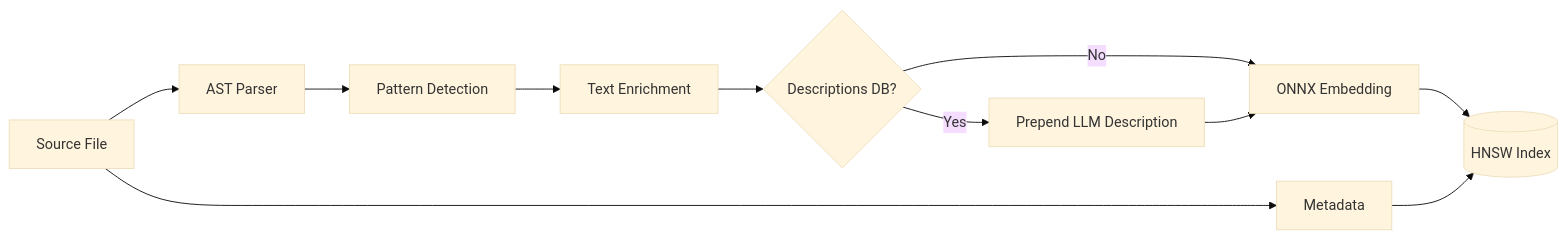
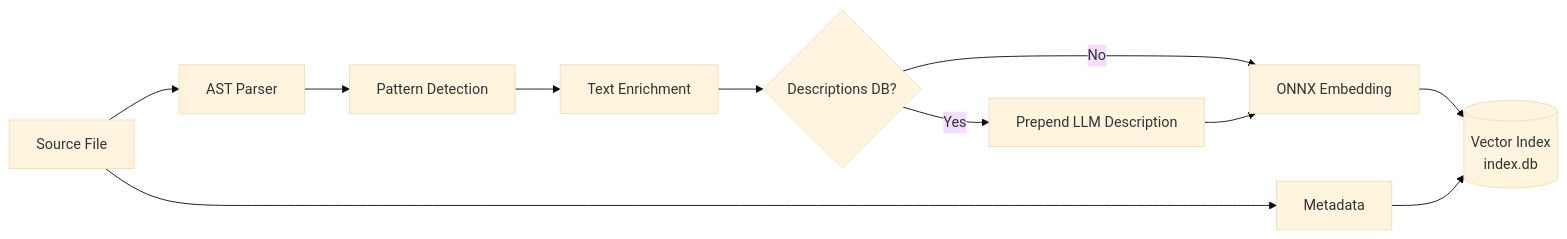
Before and after one commit to krejcif/magector: the second of 9 diagrams in README.md, drawn with Mermaid (base theme). The commit also changed other lines of this file, not shown here.

````diff
--- a/README.md
+++ b/README.md
@@ -97,12 +82,12 @@
 ```mermaid
 flowchart LR
   A["Source File"] --> B["AST Parser"]
   B --> C["Pattern Detection"]
   C --> D["Text Enrichment"]
   D --> D2{"Descriptions DB?"}
   D2 -->|Yes| D3["Prepend LLM Description"]
   D2 -->|No| E["ONNX Embedding"]
   D3 --> E
-  E --> F[("HNSW Index")]
+  E --> F[("Vector Index<br/>index.db")]
   A --> G["Metadata"] --> F
 ```
````
